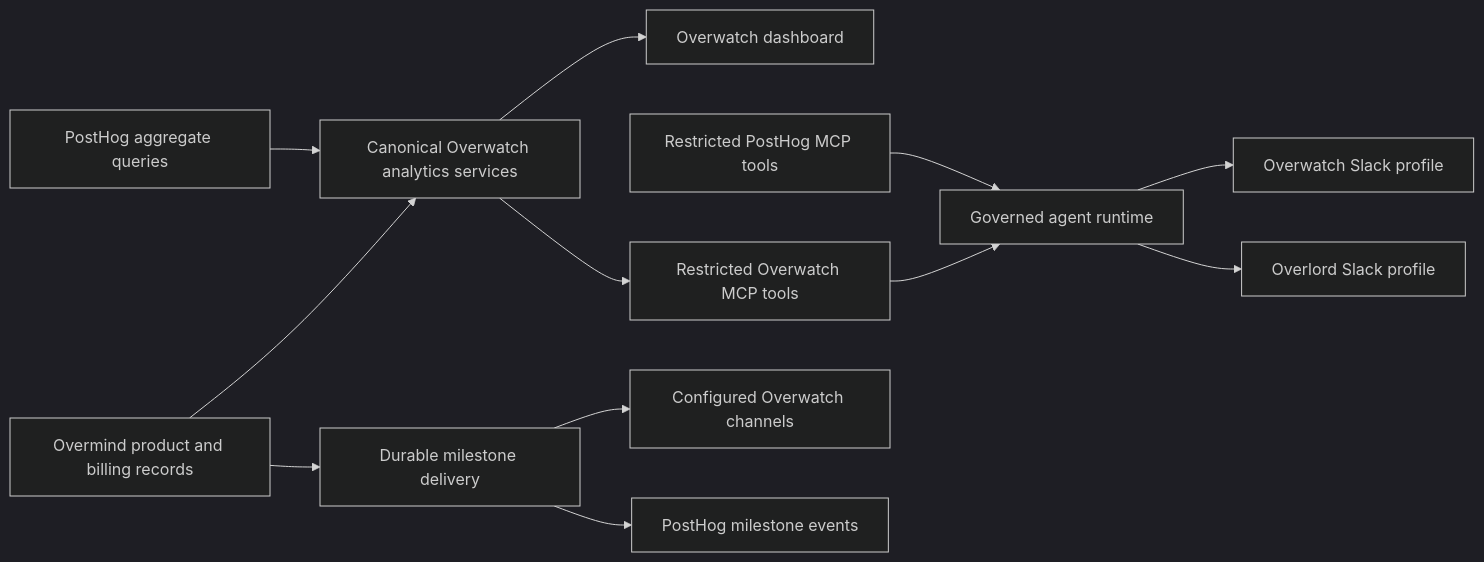
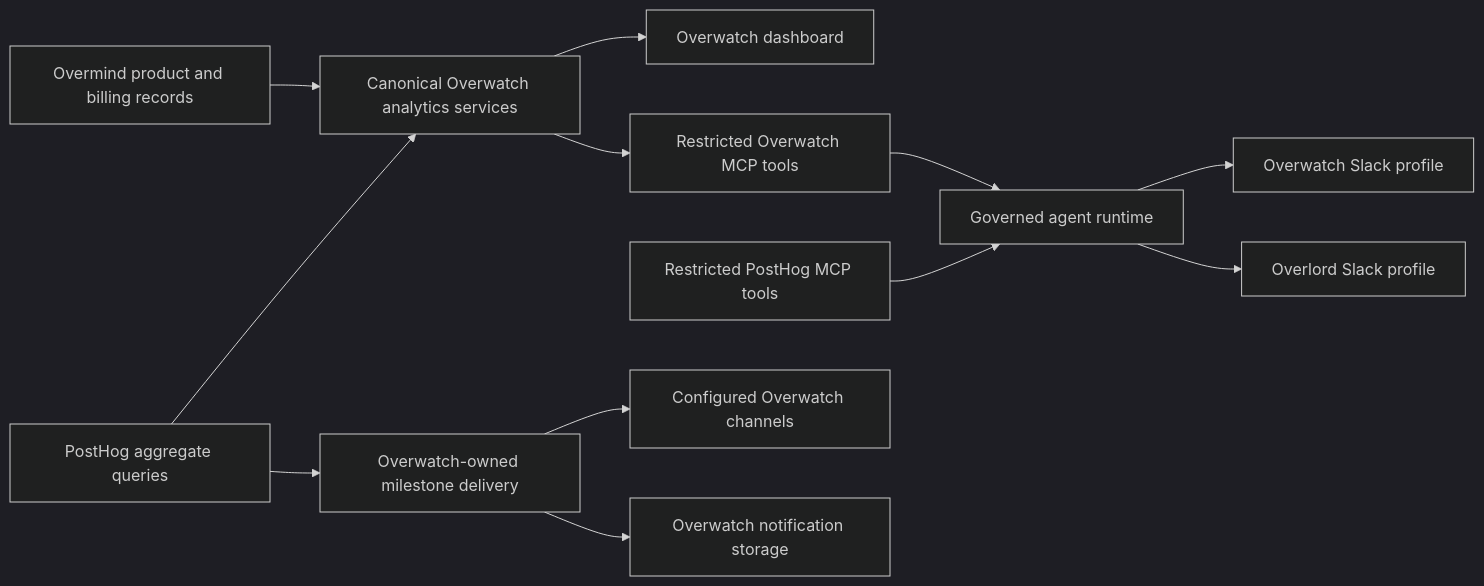
One commit to overmind-core/overmind changed the diagram in docs/overwatch-overlord-mcp.md. Above: the diagram before and after it, drawn with Mermaid (dark theme). The commit also changed other lines of this file and 23 other files, not shown here.

````diff
--- a/docs/overwatch-overlord-mcp.md
+++ b/docs/overwatch-overlord-mcp.md
@@ -19,14 +24,14 @@
 ```mermaid
 flowchart LR
     DB[Overmind product and billing records] --> Services[Canonical Overwatch analytics services]
     PH[PostHog aggregate queries] --> Services
     Services --> Dashboard[Overwatch dashboard]
     Services --> MCP[Restricted Overwatch MCP tools]
     MCP --> Runtime[Governed agent runtime]
     PHMCP[Restricted PostHog MCP tools] --> Runtime
     Runtime --> OW[Overwatch Slack profile]
     Runtime --> OL[Overlord Slack profile]
-    DB --> Notices[Durable milestone delivery]
+    PH --> Notices[Overwatch-owned milestone delivery]
     Notices --> Channels[Configured Overwatch channels]
-    Notices --> Events[PostHog milestone events]
+    Notices --> State[Overwatch notification storage]
 ```
````
